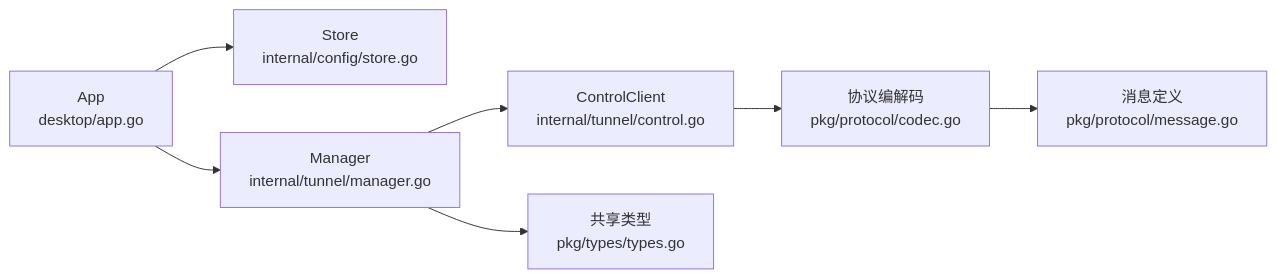
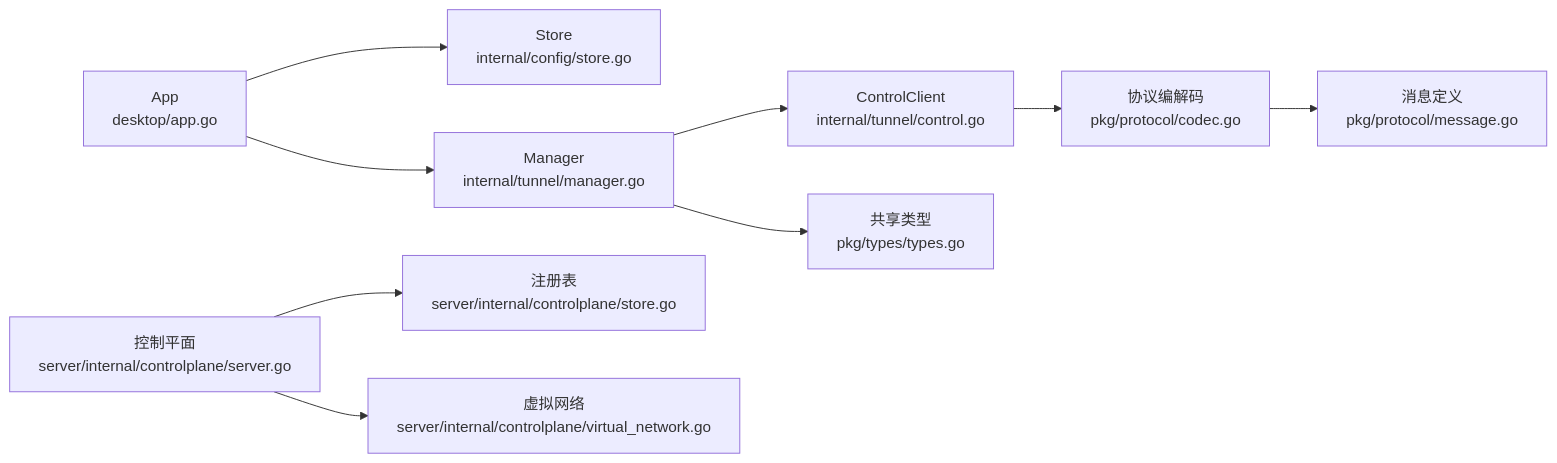
One commit to itsharex/NexTunnel changed the sixth of 6 diagrams in .qoder/repowiki/zh/content/API接口参考/API接口参考.md. Above: the diagram before and after it, drawn with Mermaid. The commit also changed other lines of this file and 23 other files, not shown here.

````diff
--- a/.qoder/repowiki/zh/content/API接口参考/API接口参考.md
+++ b/.qoder/repowiki/zh/content/API接口参考/API接口参考.md
@@ -335,9 +485,11 @@
 ```mermaid
 graph LR
 APP["App<br/>desktop/app.go"] --> STORE["Store<br/>internal/config/store.go"]
 APP --> MGR["Manager<br/>internal/tunnel/manager.go"]
 MGR --> CTRL["ControlClient<br/>internal/tunnel/control.go"]
 CTRL --> PROTO["协议编解码<br/>pkg/protocol/codec.go"]
 PROTO --> MSG["消息定义<br/>pkg/protocol/message.go"]
 MGR --> TYPES["共享类型<br/>pkg/types/types.go"]
+CP["控制平面<br/>server/internal/controlplane/server.go"] --> REG["注册表<br/>server/internal/controlplane/store.go"]
+CP --> VNET["虚拟网络<br/>server/internal/controlplane/virtual_network.go"]
 ```
````
